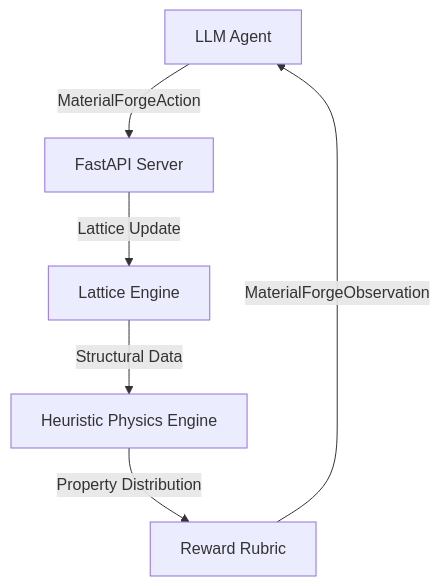
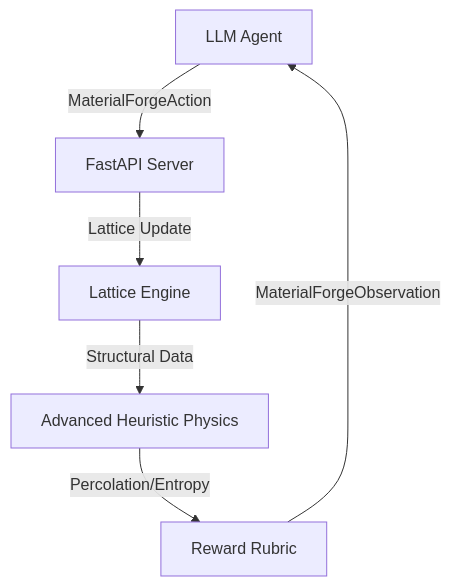
Before and after one commit to Arsh-Pathan/MaterialForge: the diagram in README.md, drawn with Mermaid. The commit also changed other lines of this file, not shown here.

Commit message:
Docs: Highlighting advanced physics heuristics and scientific telemetry for human evaluation panel visibility.

````diff
--- a/README.md
+++ b/README.md
@@ -82,8 +83,8 @@
 ```mermaid
 graph TD
     Agent[LLM Agent] -->|MaterialForgeAction| API[FastAPI Server]
     API -->|Lattice Update| Engine[Lattice Engine]
-    Engine -->|Structural Data| Physics[Heuristic Physics Engine]
-    Physics -->|Property Distribution| Reward[Reward Rubric]
+    Engine -->|Structural Data| Physics[Advanced Heuristic Physics]
+    Physics -->|Percolation/Entropy| Reward[Reward Rubric]
     Reward -->|MaterialForgeObservation| Agent
 ```
````
